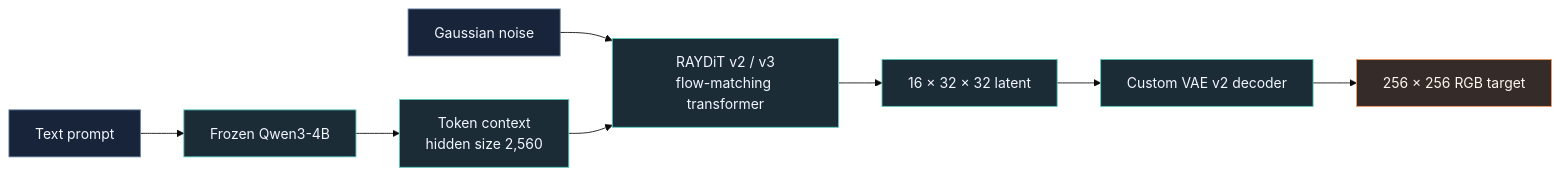
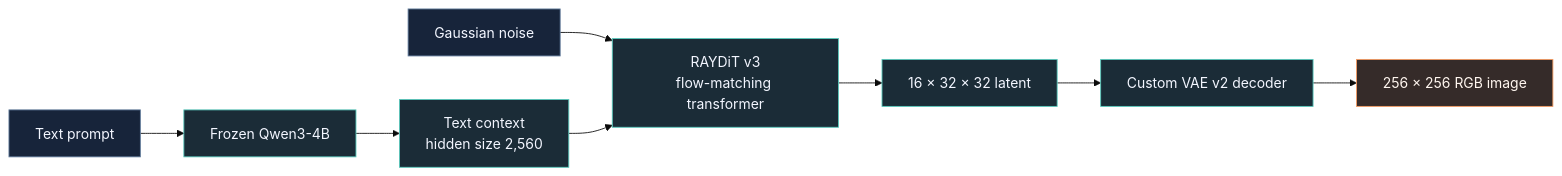
Before and after one commit to Rishidev-20thcenturey/rustes-generative-ai: the diagram in README.md, drawn with Mermaid (base theme). The commit also changed other lines of this file, not shown here.

Commit message:
docs: document 60M RAY-IMAGE milestone and engineering postmortem

````diff
--- a/README.md
+++ b/README.md
@@ -62,17 +76,17 @@
-```mermaid
+~~~mermaid
 flowchart LR
     P["Text prompt"] --> Q["Frozen Qwen3-4B"]
-    Q --> E["Token context<br/>hidden size 2,560"]
-    N["Gaussian noise"] --> D["RAYDiT v2 / v3<br/>flow-matching transformer"]
+    Q --> E["Text context<br/>hidden size 2,560"]
+    N["Gaussian noise"] --> D["RAYDiT v3<br/>flow-matching transformer"]
     E --> D
     D --> Z["16 × 32 × 32 latent"]
     Z --> V["Custom VAE v2 decoder"]
-    V --> I["256 × 256 RGB target"]
+    V --> I["256 × 256 RGB image"]
 
     classDef input fill:#17243a,stroke:#617b9c,color:#f3f6ff
     classDef model fill:#1b2c37,stroke:#57c9bc,color:#f3f6ff
     classDef output fill:#352b29,stroke:#f59a60,color:#fff6ef
     class P,N input
     class Q,E,D,Z,V model
     class I output
-```
+~~~
````
